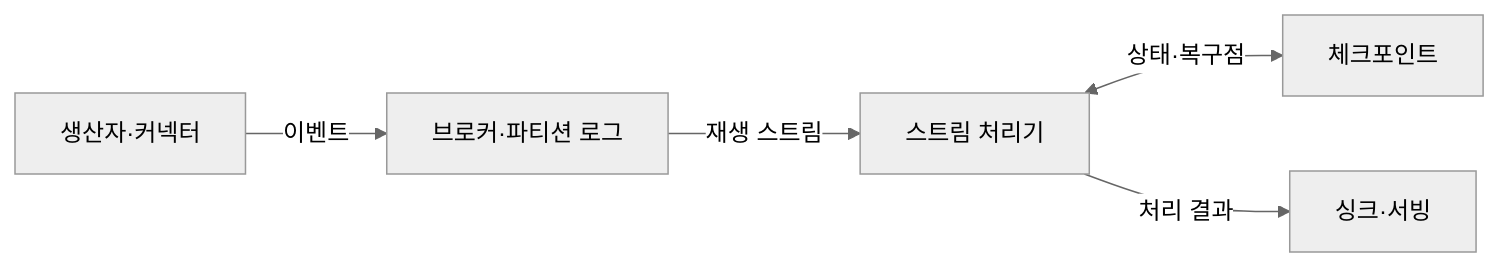
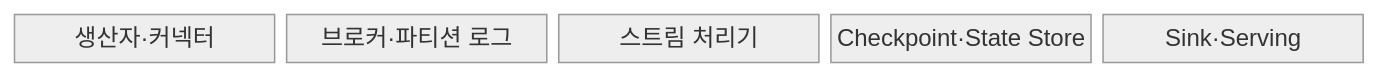
One commit to agnusdei1207/knowledge-base changed the first of 2 diagrams in src/content/docs/notes/03-software/122_real_time_streaming_platform.md. Above: the diagram before and after it, drawn with Mermaid (neutral theme). The commit also changed other lines of this file and 20 other files, not shown here.

````diff
--- a/src/content/docs/notes/03-software/122_real_time_streaming_platform.md
+++ b/src/content/docs/notes/03-software/122_real_time_streaming_platform.md
@@ -63,7 +60,9 @@
 ```mermaid
-flowchart LR
-    P[생산자·커넥터] -->|이벤트| B[브로커·파티션 로그]
-    B -->|재생 스트림| E[스트림 처리기]
-    E <-->|상태·복구점| C[체크포인트]
-    E -->|처리 결과| S[싱크·서빙]
+block
+  columns 5
+  P["생산자·커넥터"]
+  B["브로커·파티션 로그"]
+  E["스트림 처리기"]
+  C["Checkpoint·State Store"]
+  S["Sink·Serving"]
 ```
````
